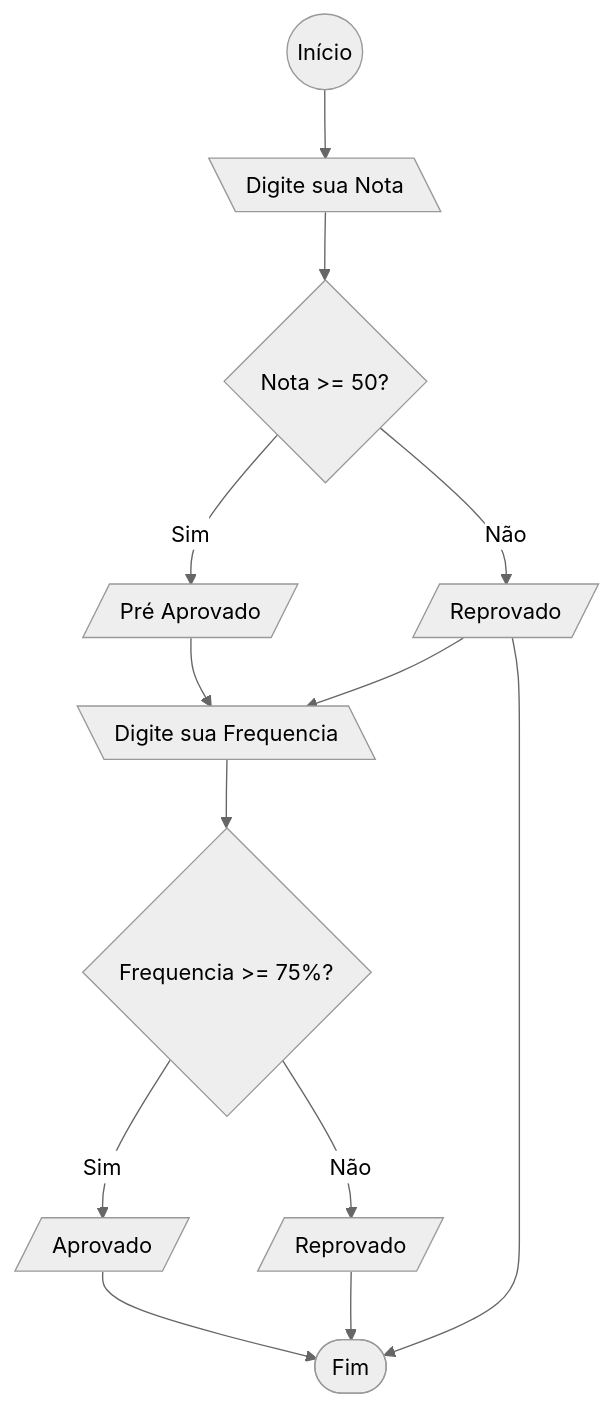
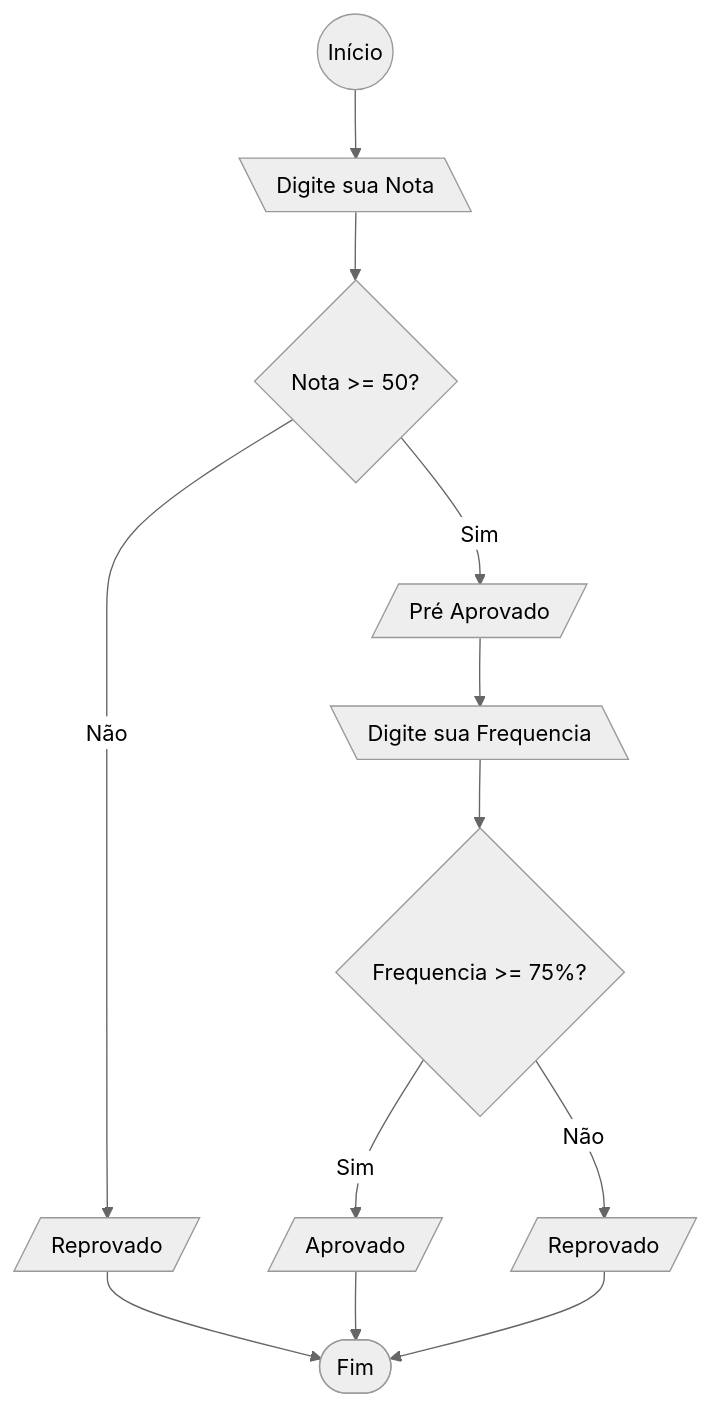
The second of 11 diagrams in LP/Listas de Exercícios/LP_Lista_01/README.md (CecsG/ListaExerciciosCecilia), drawn with Mermaid (neutral theme) before and after one commit. The commit also changed other lines of this file, not shown here.

````diff
--- a/LP/Listas de Exercícios/LP_Lista_01/README.md
+++ b/LP/Listas de Exercícios/LP_Lista_01/README.md
@@ -34,14 +33,14 @@
    ```mermaid
    flowchart TD
       start(( Início )) --> input[\ Digite sua Nota \]
         input --> verification{ Nota >= 50? } 
         verification --> |Sim| A[/ Pré Aprovado /] --> input1
-        verification--> |Não| B[/ Reprovado /] -->
+        verification--> |Não| B[/ Reprovado /] 
         input1[\ Digite sua Frequencia \] 
         input1 --> verification1{ Frequencia >= 75%? }
         verification1 --> |Sim| C[/ Aprovado /]
         verification1 --> |Não| D[/ Reprovado /]
         B--> finish
         C--> finish([ Fim ])
         D --> finish
    ```
````
